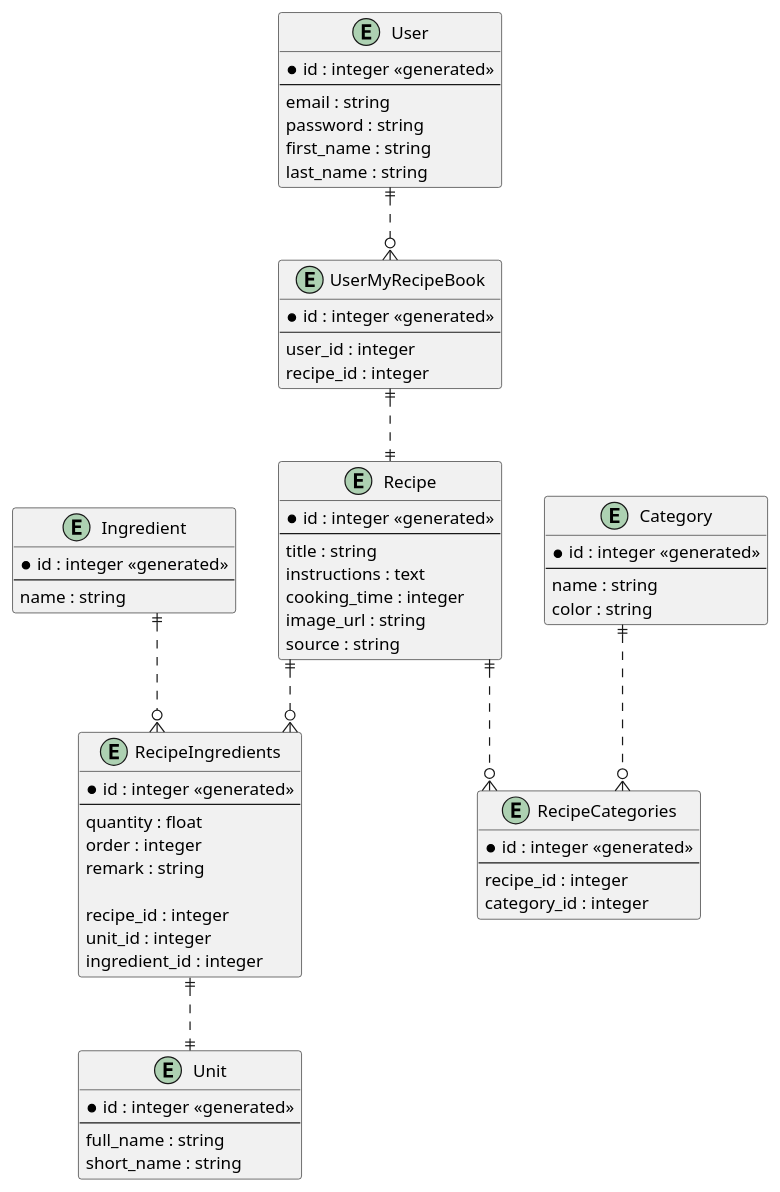
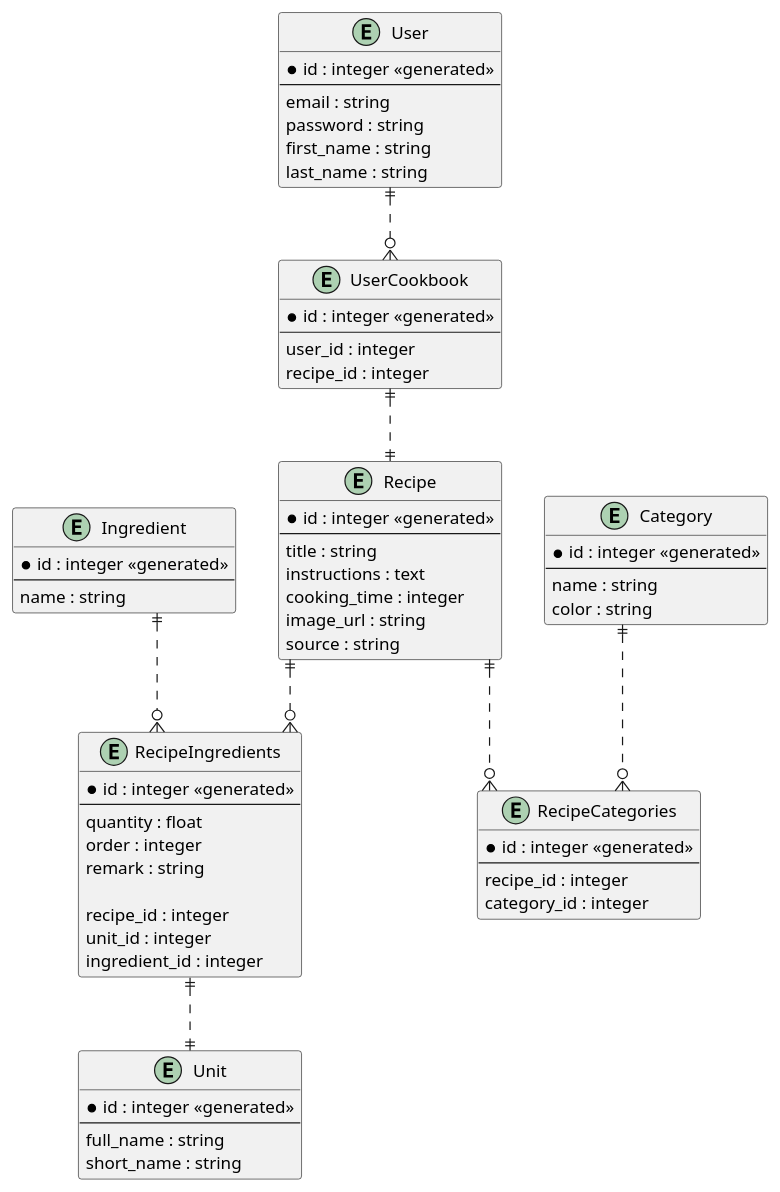
One commit to michielfbr/recipes changed the diagram in erd.wsd. Above: the diagram before and after it, drawn with PlantUML. The commit also changed 105 other files, not shown here.

First line of the commit message:
Add Recipe schema & LiveViews (#18)

```diff
--- a/erd.wsd
+++ b/erd.wsd
@@ -2,83 +2,83 @@
-@startuml MyRecipeBook
+@startuml Cookbook
 ' To preview this file in VSCode: install an extension like [PlantUML](https://marketplace.visualstudio.com/items?itemName=jebbs.plantuml).
 ' Then hit ⌥D from the file.
 
 ' hide the spot
 ' hide circle
 
 ' avoid problems with angled crows feet
 skinparam linetype ortho
 
 entity "User" as user {
   *id : integer <<generated>>
   --
   email : string
   password : string
   first_name : string
   last_name : string
 }
 
-entity "UserMyRecipeBook" as user_my_recipe_book {
+entity "UserCookbook" as user_cookbook {
   *id : integer <<generated>>
   --
   user_id : integer
   recipe_id : integer
 }
 
 entity "Recipe" as recipe {
   *id : integer <<generated>>
   --
   title : string
   instructions : text
   cooking_time : integer
   image_url : string
   source : string
 }
 
 entity "RecipeIngredients" as recipe_ingredients {
   *id : integer <<generated>>
   --
   quantity : float
   order : integer
   remark : string
   
   recipe_id : integer
   unit_id : integer
   ingredient_id : integer
 }
 
 entity "Ingredient" as ingredient {
   *id : integer <<generated>>
   --
   name : string
 }
 
 entity "Unit" as unit {
   *id : integer <<generated>>
   --
   full_name : string
   short_name : string
 }
 entity "RecipeCategories" as recipe_categories {
   *id : integer <<generated>>
   --
   recipe_id : integer
   category_id : integer
 }
 
 entity "Category" as category {
   *id : integer <<generated>>
   --
   name : string
   color : string
 }
 
-user ||..o{ user_my_recipe_book
-user_my_recipe_book ||..|| recipe
+user ||..o{ user_cookbook
+user_cookbook ||..|| recipe
 recipe ||..o{ recipe_ingredients
 recipe ||..o{ recipe_categories
 recipe_ingredients ||..|| unit
 ingredient ||..o{ recipe_ingredients
 category ||..o{ recipe_categories
 
 @enduml
```
